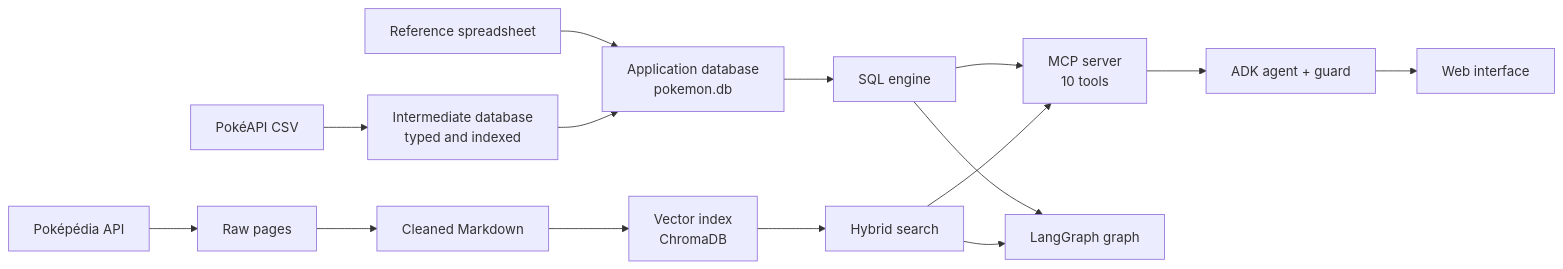
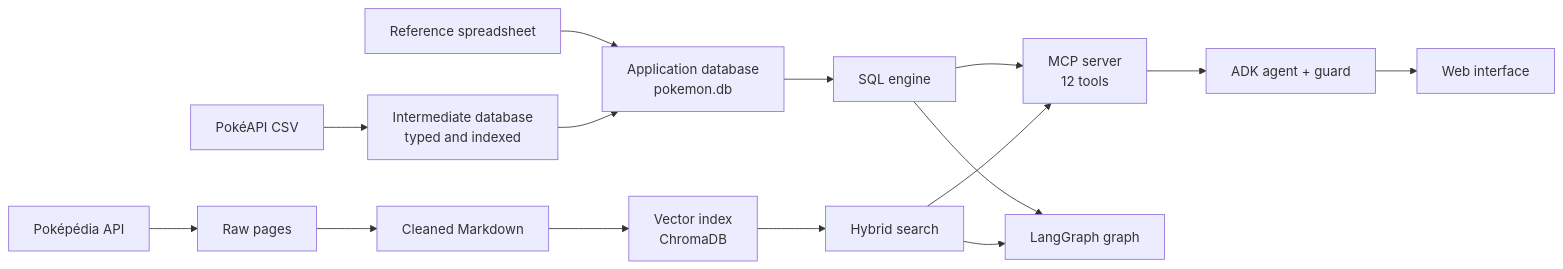
One commit to C-H-U-B/pokemon-agent changed the diagram in README.md. Above: the diagram before and after it, drawn with Mermaid. The commit also changed other lines of this file and 16 other files, not shown here.

First line of the commit message:
docs: present the main and first-version paths, refresh every figure, and drop unused dependencies

````diff
--- a/README.md
+++ b/README.md
@@ -24,17 +24,17 @@
 ```mermaid
 flowchart LR
     A[PokéAPI CSV] --> B[Intermediate database<br/>typed and indexed]
     X[Reference spreadsheet] --> C
     B --> C[Application database<br/>pokemon.db]
     P[Poképédia API] --> Q[Raw pages]
     Q --> R[Cleaned Markdown]
     R --> S[Vector index<br/>ChromaDB]
     C --> E[SQL engine]
     S --> F[Hybrid search]
-    E --> M[MCP server<br/>10 tools]
+    E --> M[MCP server<br/>12 tools]
     F --> M
     E --> G[LangGraph graph]
     F --> G
     M --> H[ADK agent + guard]
     H --> W[Web interface]
 ```
````
